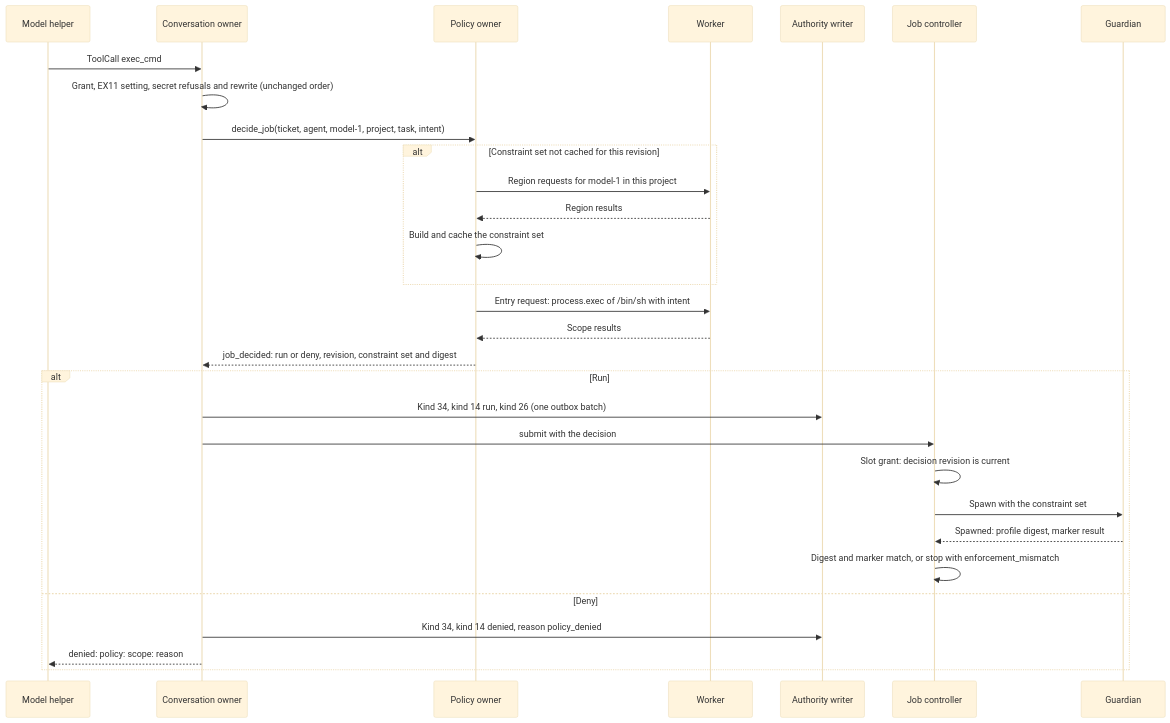
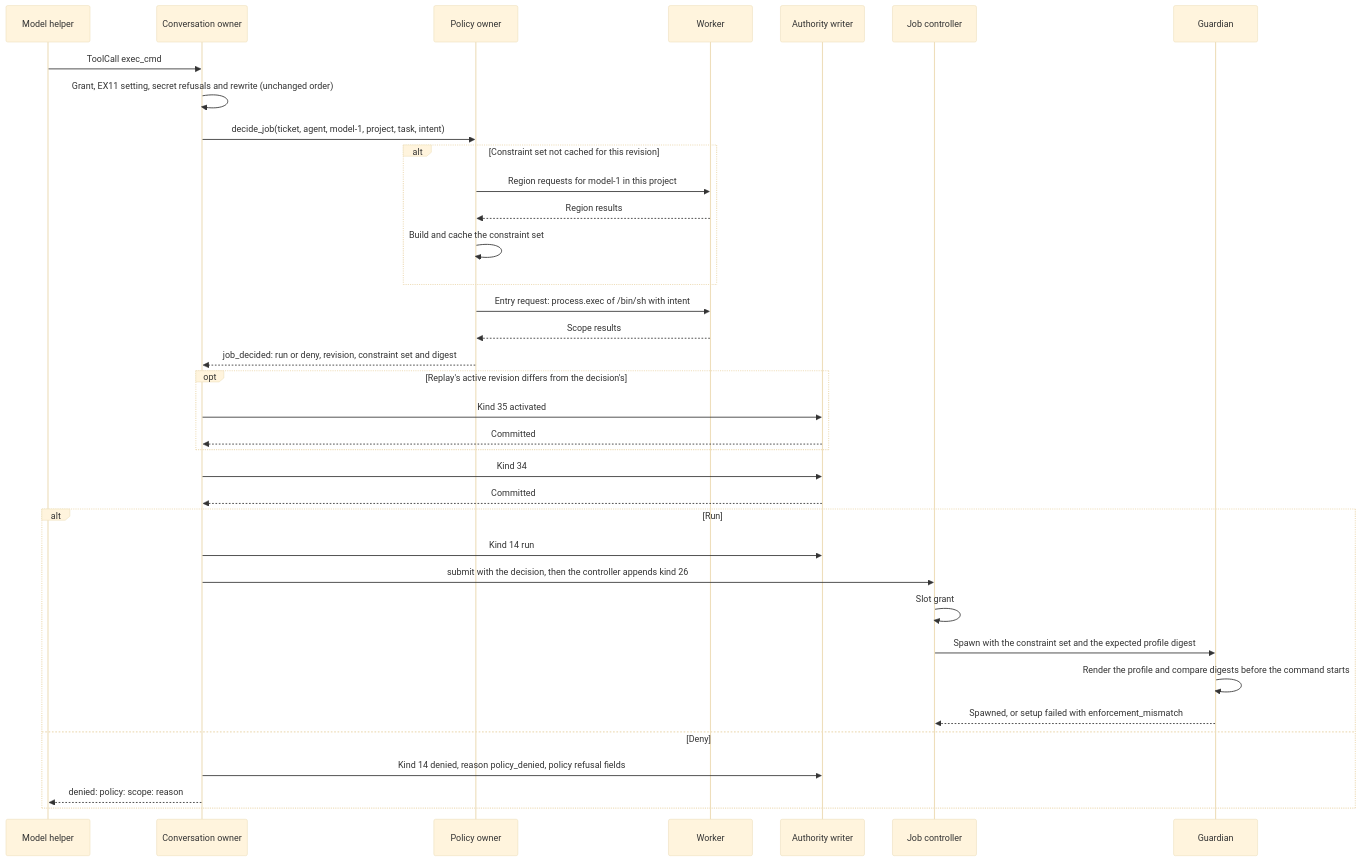
One commit to pidster/asura changed diagram 13 of 17 in docs/designs/security-policy.md. Above: the diagram before and after it, drawn with Mermaid (base theme). The commit also changed other lines of this file and 4 other files, not shown here.

````diff
--- a/docs/designs/security-policy.md
+++ b/docs/designs/security-policy.md
@@ -1455,32 +1460,38 @@
 ```mermaid
 sequenceDiagram
     participant M as Model helper
     participant C as Conversation owner
     participant O as Policy owner
     participant W as Worker
     participant J as Authority writer
     participant K as Job controller
     participant G as Guardian
     M->>C: ToolCall exec_cmd
     C->>C: Grant, EX11 setting, secret refusals and rewrite (unchanged order)
     C->>O: decide_job(ticket, agent, model-1, project, task, intent)
     alt Constraint set not cached for this revision
         O->>W: Region requests for model-1 in this project
         W-->>O: Region results
         O->>O: Build and cache the constraint set
     end
     O->>W: Entry request: process.exec of /bin/sh with intent
     W-->>O: Scope results
     O-->>C: job_decided: run or deny, revision, constraint set and digest
+    opt Replay's active revision differs from the decision's
+        C->>J: Kind 35 activated
+        J-->>C: Committed
+    end
+    C->>J: Kind 34
+    J-->>C: Committed
     alt Run
-        C->>J: Kind 34, kind 14 run, kind 26 (one outbox batch)
-        C->>K: submit with the decision
-        K->>K: Slot grant: decision revision is current
-        K->>G: Spawn with the constraint set
-        G-->>K: Spawned: profile digest, marker result
-        K->>K: Digest and marker match, or stop with enforcement_mismatch
+        C->>J: Kind 14 run
+        C->>K: submit with the decision, then the controller appends kind 26
+        K->>K: Slot grant
+        K->>G: Spawn with the constraint set and the expected profile digest
+        G->>G: Render the profile and compare digests before the command starts
+        G-->>K: Spawned, or setup failed with enforcement_mismatch
     else Deny
-        C->>J: Kind 34, kind 14 denied, reason policy_denied
+        C->>J: Kind 14 denied, reason policy_denied, policy refusal fields
         C-->>M: denied: policy: scope: reason
     end
 ```
````
